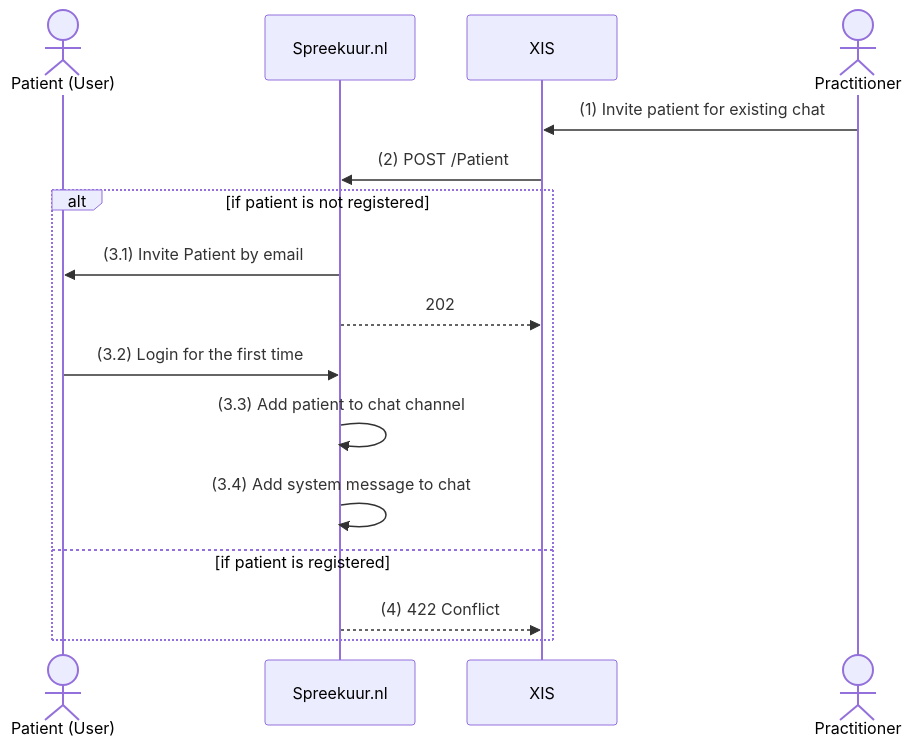
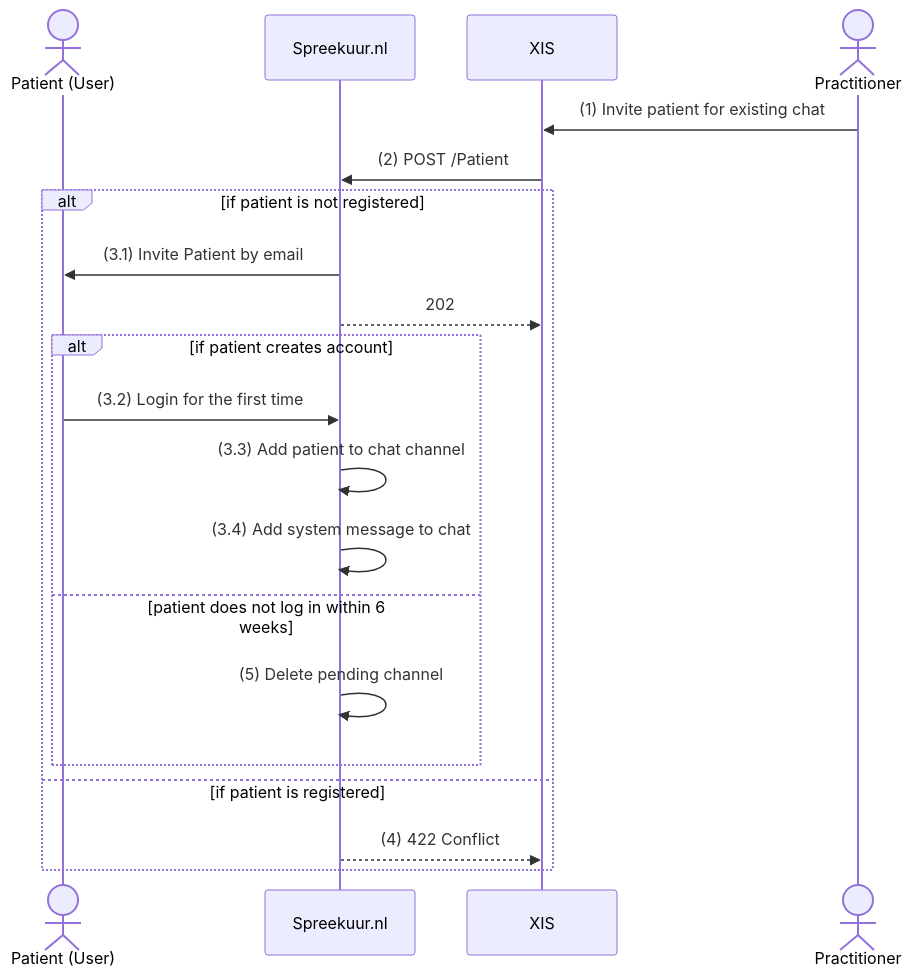
The third of 4 diagrams in docs/features/patient/patient-discovery.md (topicushealthcare/spreekuur-docs), drawn with Mermaid before and after one commit. The commit also changed other lines of this file, not shown here.

Commit message:
SSAM-8396 Add documentation when patient does not create an account when invited, correct typo (#62)

````diff
--- a/docs/features/patient/patient-discovery.md
+++ b/docs/features/patient/patient-discovery.md
@@ -67,19 +67,23 @@
 ```mermaid
 sequenceDiagram
     actor Patient (User)
     participant Spreekuur.nl
     participant XIS
     actor Practitioner
 
     Practitioner->>XIS: (1) Invite patient for existing chat
     XIS->>Spreekuur.nl: (2) POST /Patient
     alt if patient is not registered
         Spreekuur.nl->>Patient (User): (3.1) Invite Patient by email
         Spreekuur.nl-->>XIS: 202
+        alt if patient creates account
         Patient (User)->>Spreekuur.nl: (3.2) Login for the first time
         Spreekuur.nl->>Spreekuur.nl: (3.3) Add patient to chat channel
         Spreekuur.nl->>Spreekuur.nl: (3.4) Add system message to chat
+        else patient does not log in within 6 weeks
+        Spreekuur.nl->>Spreekuur.nl: (5) Delete pending channel
+        end
     else if patient is registered
         Spreekuur.nl-->>XIS: (4) 422 Conflict
     end
 ```
````
